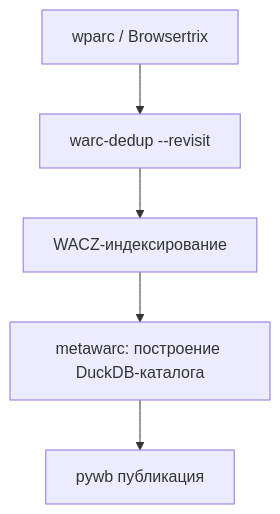
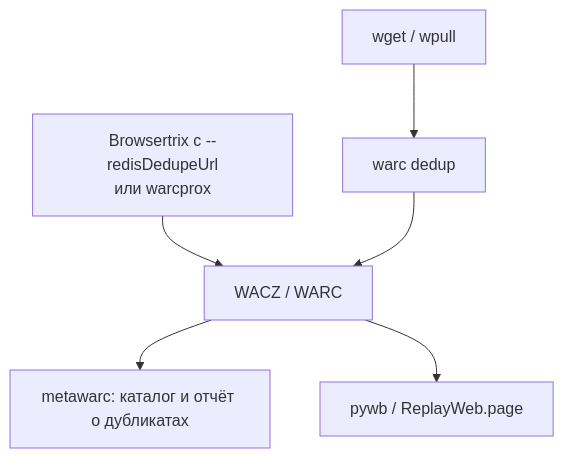
The diagram in kb/guides/warc-deduplication.md (ruarxive/ruarxive.github.io), drawn with Mermaid before and after one commit. The commit also changed other lines of this file and 200 other files, not shown here.

````diff
--- a/kb/guides/warc-deduplication.md
+++ b/kb/guides/warc-deduplication.md
@@ -232,7 +172,8 @@
 ```mermaid
 flowchart TB
-    A["wparc / Browsertrix"] --> B["warc-dedup --revisit"]
-    B --> C["WACZ-индексирование"]
-    C --> D["metawarc: построение DuckDB-каталога"]
-    D --> E["pywb публикация"]
+    A["Browsertrix с --redisDedupeUrl<br/>или warcprox"] --> C["WACZ / WARC"]
+    B["wget / wpull"] --> D["warc dedup"]
+    D --> C
+    C --> E["metawarc: каталог и отчёт о дубликатах"]
+    C --> F["pywb / ReplayWeb.page"]
 ```
````
